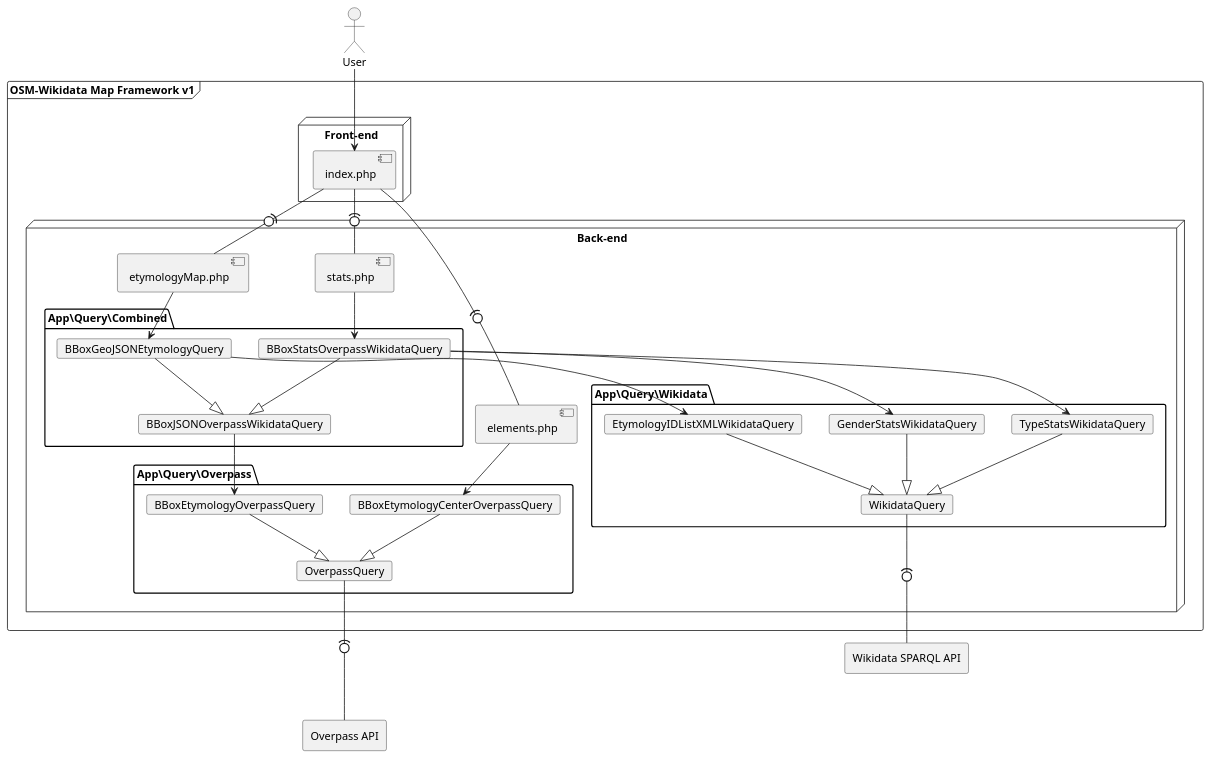
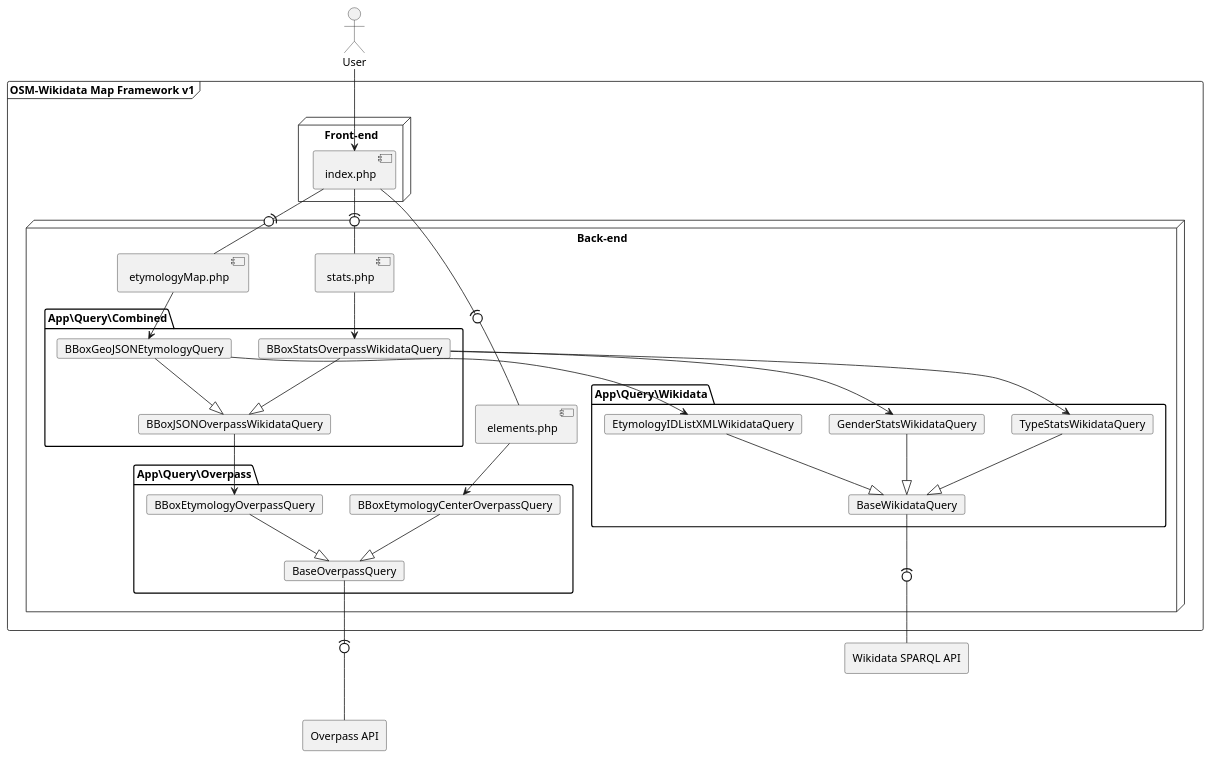
Before and after one commit to Danysan1/osm-wikidata-map-framework: the diagram in images/architecture/v1.plantuml, drawn with PlantUML. The commit also changed 30 other files, not shown here.

Commit message:
Return overpass/wikidata query in GeoJSON

```diff
--- a/images/architecture/v1.plantuml
+++ b/images/architecture/v1.plantuml
@@ -1,75 +1,75 @@
 @startuml v1
 
 actor user as "User"
 frame oem as "OSM-Wikidata Map Framework v1" {
     node "Front-end" {
         component index as "index.php"
     }
     node "Back-end" {
         component etymologyMap as "etymologyMap.php"
         component elements as "elements.php"
         component stats as "stats.php"
         package "App\Query\Combined" {
             card BBoxGeoJSONEtymologyQuery
             card BBoxStatsOverpassWikidataQuery
             card BBoxJSONOverpassWikidataQuery
         }
         package "App\Query\Wikidata" {
-            card WikidataQuery
+            card BaseWikidataQuery
             card EtymologyIDListXMLWikidataQuery
             card TypeStatsWikidataQuery
             card GenderStatsWikidataQuery
         }
         package "App\Query\Overpass" {
-            card OverpassQuery
+            card BaseOverpassQuery
             card BBoxEtymologyOverpassQuery
             card BBoxEtymologyCenterOverpassQuery
         }
 /'
         package "App\Query\Caching" {
             card CSVCachedBBoxGeoJSONQuery
             card CSVCachedBBoxJSONQuery
         }
         'file cache as "Cache"
 '/
     }
 }
 agent wikidata as "Wikidata SPARQL API"
 agent overpass as "Overpass API"
 
 user --> index
 index -(0- etymologyMap
 index -(0- elements
 index -(0- stats
 
 /'
 stats  ..> CSVCachedBBoxJSONQuery
 etymologyMap  ..> CSVCachedBBoxGeoJSONQuery
 elements ..> CSVCachedBBoxGeoJSONQuery
 CSVCachedBBoxGeoJSONQuery --|> CSVCachedBBoxJSONQuery
 CSVCachedBBoxJSONQuery --> cache
 '/
 
 elements --> BBoxEtymologyCenterOverpassQuery
 etymologyMap --> BBoxGeoJSONEtymologyQuery
 stats --> BBoxStatsOverpassWikidataQuery
 
 BBoxGeoJSONEtymologyQuery --|> BBoxJSONOverpassWikidataQuery
 BBoxStatsOverpassWikidataQuery --|> BBoxJSONOverpassWikidataQuery
 
-BBoxEtymologyOverpassQuery --|> OverpassQuery
-BBoxEtymologyCenterOverpassQuery --|> OverpassQuery
+BBoxEtymologyOverpassQuery --|> BaseOverpassQuery
+BBoxEtymologyCenterOverpassQuery --|> BaseOverpassQuery
 
-EtymologyIDListXMLWikidataQuery --|> WikidataQuery
-TypeStatsWikidataQuery --|> WikidataQuery
-GenderStatsWikidataQuery --|> WikidataQuery
+EtymologyIDListXMLWikidataQuery --|> BaseWikidataQuery
+TypeStatsWikidataQuery --|> BaseWikidataQuery
+GenderStatsWikidataQuery --|> BaseWikidataQuery
 
 BBoxJSONOverpassWikidataQuery --> BBoxEtymologyOverpassQuery
 BBoxGeoJSONEtymologyQuery --> EtymologyIDListXMLWikidataQuery
 BBoxStatsOverpassWikidataQuery --> GenderStatsWikidataQuery
 BBoxStatsOverpassWikidataQuery --> TypeStatsWikidataQuery
 
-OverpassQuery --(0- overpass
-WikidataQuery --(0- wikidata
+BaseOverpassQuery --(0- overpass
+BaseWikidataQuery --(0- wikidata
 
 @enduml
```
